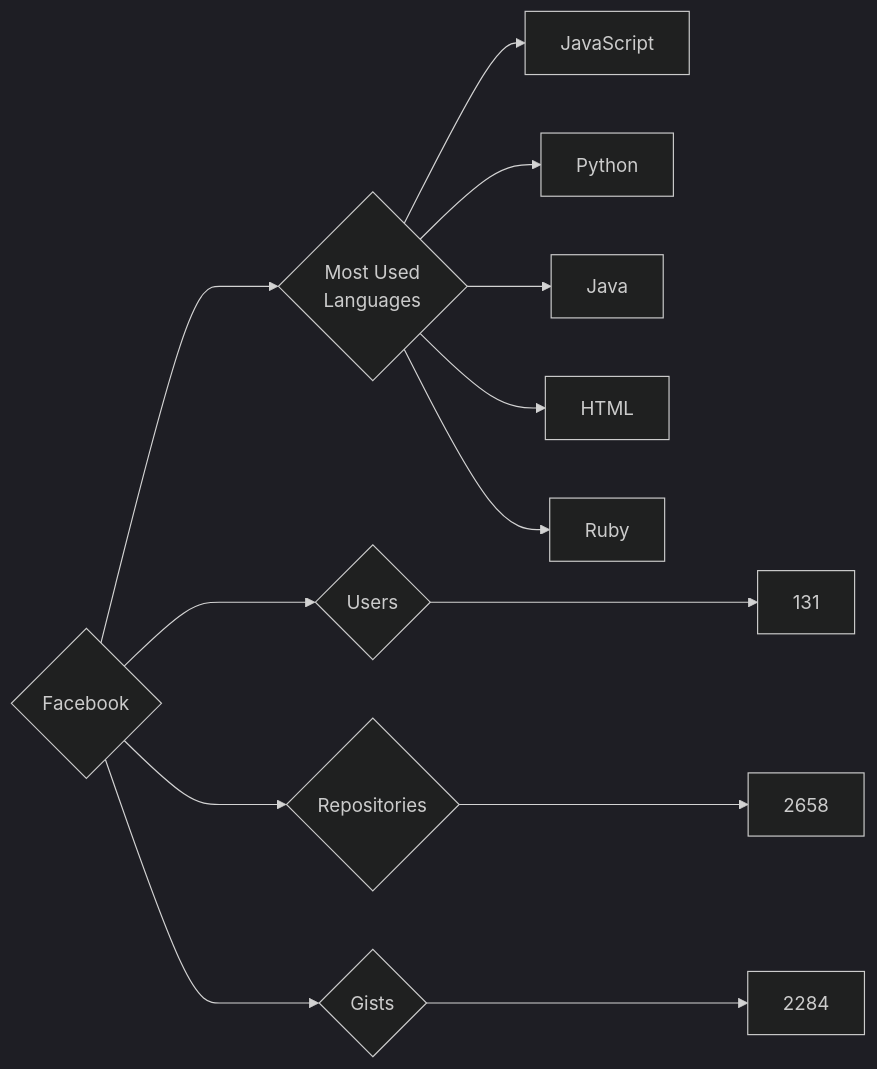
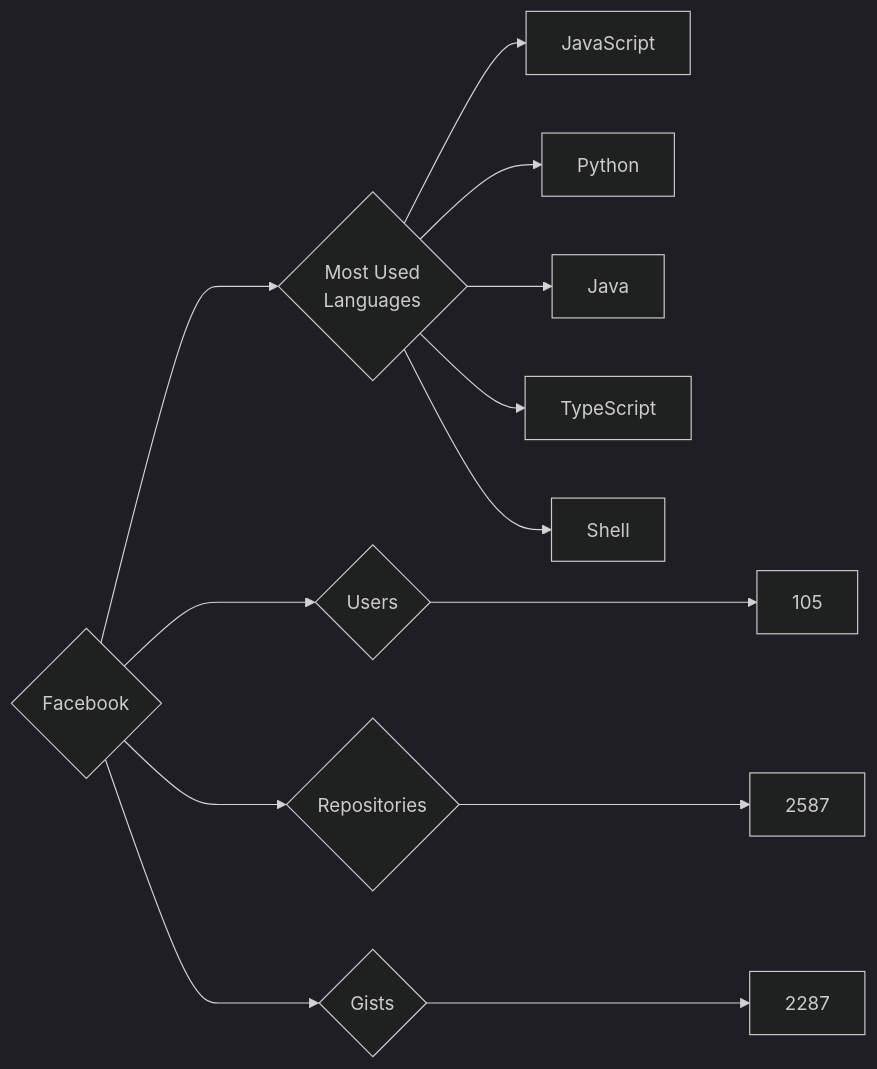
One commit to trickest/insiders changed the diagram in targets/Facebook/README.md. Above: the diagram before and after it, drawn with Mermaid (dark theme). The commit also changed 837 other files, not shown here.

````diff
--- a/targets/Facebook/README.md
+++ b/targets/Facebook/README.md
@@ -3,13 +3,13 @@
 ```mermaid
 graph LR
 COMPANY_NAME{Facebook}
-COMPANY_NAME ---> U{Users} ---> UN[131]
-COMPANY_NAME ---> R{Repositories} ---> RN[2658]
-COMPANY_NAME ---> G{Gists} ---> GN[2284]
+COMPANY_NAME ---> U{Users} ---> UN[105]
+COMPANY_NAME ---> R{Repositories} ---> RN[2587]
+COMPANY_NAME ---> G{Gists} ---> GN[2287]
 COMPANY_NAME ---> ML{Most Used<br>Languages}
 ML --> JavaScript[JavaScript]
 ML --> Python[Python]
 ML --> Java[Java]
-ML --> HTML[HTML]
-ML --> Ruby[Ruby]
+ML --> TypeScript[TypeScript]
+ML --> Shell[Shell]
 ```
````
